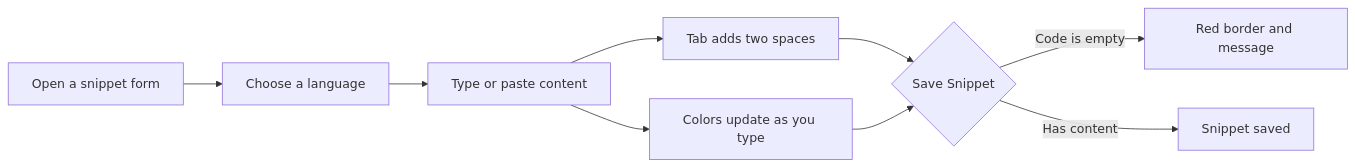
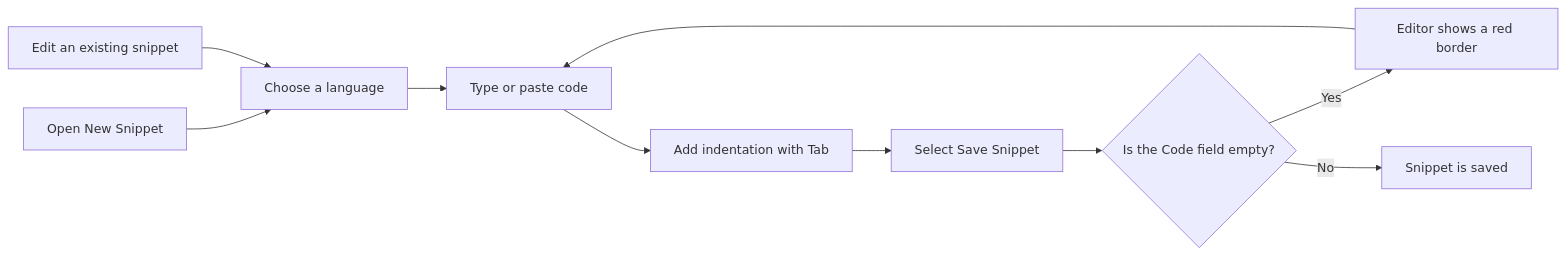
One commit to Mohita111/API2 changed the diagram in api2-documentation/plan_2026-11-02_f8890e/user-facing-docs/code-editor.md. Above: the diagram before and after it, drawn with Mermaid. The commit also changed other lines of this file and 12 other files, not shown here.

````diff
--- a/api2-documentation/plan_2026-11-02_f8890e/user-facing-docs/code-editor.md
+++ b/api2-documentation/plan_2026-11-02_f8890e/user-facing-docs/code-editor.md
@@ -62,11 +24,12 @@
 ```mermaid
 graph LR
-    A[Open a snippet form] --> B[Choose a language]
-    B --> C[Type or paste content]
-    C --> D[Tab adds two spaces]
-    C --> E[Colors update as you type]
-    D --> F{Save Snippet}
-    E --> F
-    F -->|Code is empty| G[Red border and message]
-    F -->|Has content| H[Snippet saved]
+    A["Open New Snippet"] --> C["Choose a language"]
+    B["Edit an existing snippet"] --> C
+    C --> D["Type or paste code"]
+    D --> E["Add indentation with Tab"]
+    E --> F["Select Save Snippet"]
+    F --> G{"Is the Code field empty?"}
+    G -- "Yes" --> H["Editor shows a red border"]
+    H --> D
+    G -- "No" --> I["Snippet is saved"]
 ```
````
